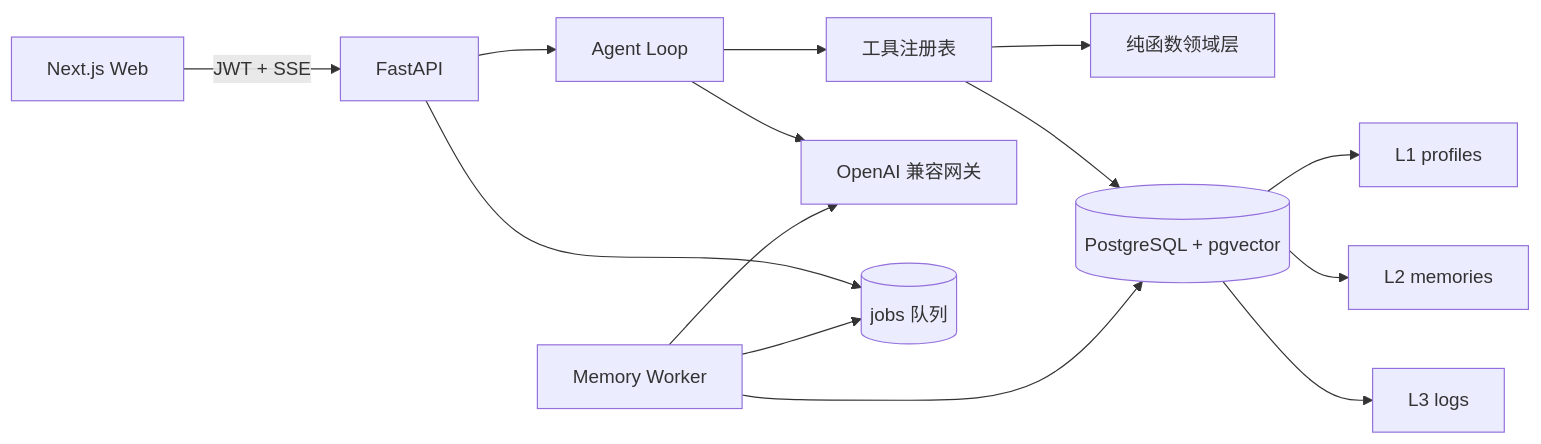
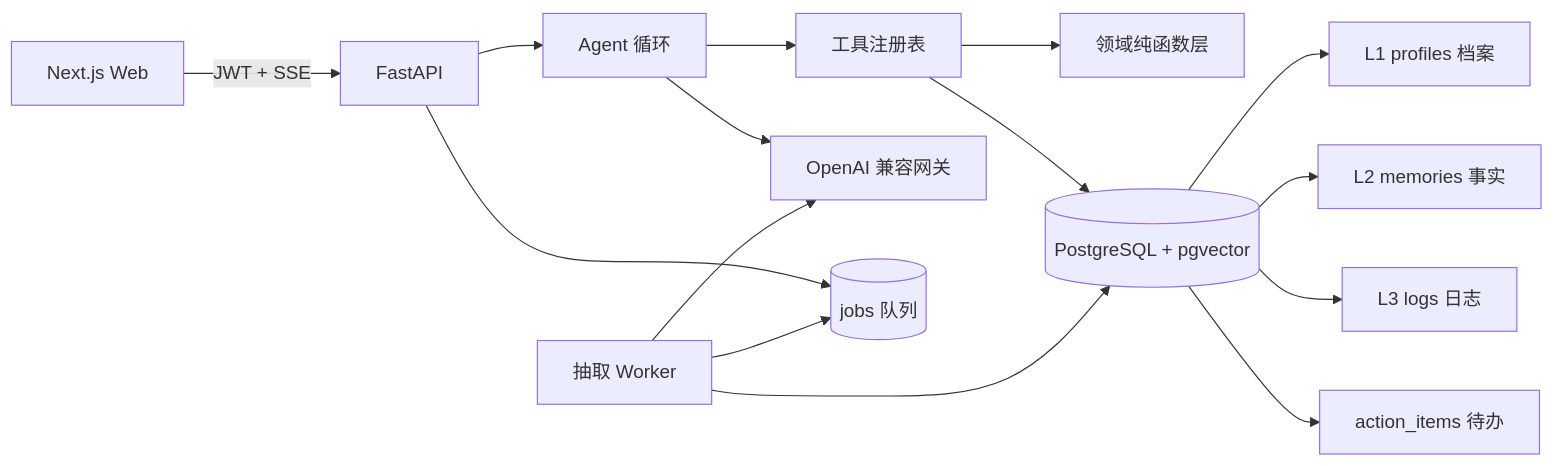
One commit to fanmaom/FitMind-ai changed the diagram in README.md. Above: the diagram before and after it, drawn with Mermaid. The commit also changed other lines of this file and 69 other files, not shown here.

````diff
--- a/README.md
+++ b/README.md
@@ -15,16 +141,17 @@
 ```mermaid
 flowchart LR
   Web[Next.js Web] -->|JWT + SSE| API[FastAPI]
-  API --> Agent[Agent Loop]
+  API --> Agent[Agent 循环]
   Agent --> Tools[工具注册表]
   Agent --> LLM[OpenAI 兼容网关]
-  Tools --> Domain[纯函数领域层]
+  Tools --> Domain[领域纯函数层]
   Tools --> PG[(PostgreSQL + pgvector)]
   API --> Queue[(jobs 队列)]
-  Worker[Memory Worker] --> Queue
+  Worker[抽取 Worker] --> Queue
   Worker --> LLM
   Worker --> PG
-  PG --> L1[L1 profiles]
-  PG --> L2[L2 memories]
-  PG --> L3[L3 logs]
+  PG --> L1[L1 profiles 档案]
+  PG --> L2[L2 memories 事实]
+  PG --> L3[L3 logs 日志]
+  PG --> A[action_items 待办]
 ```
````
